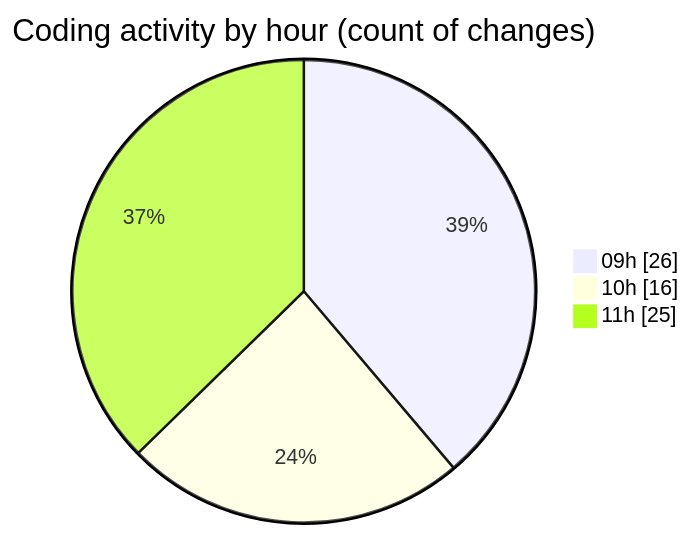
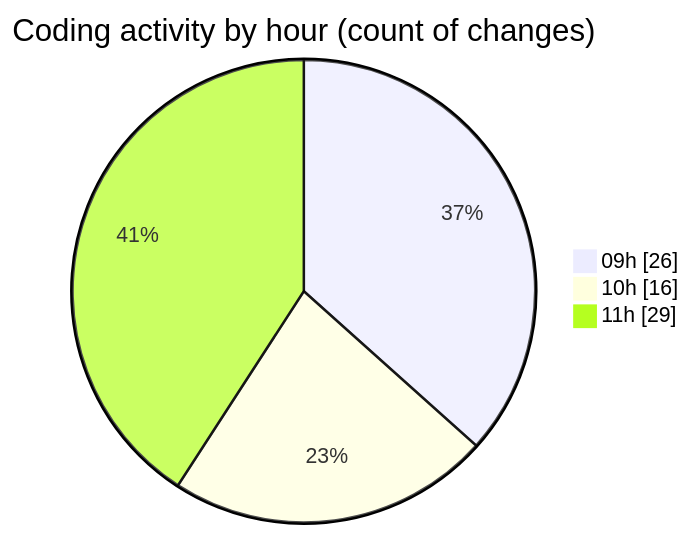
Before and after one commit to momahboobian/code-tracking: the second of 2 diagrams in 2025-11-17/cda/README.md, drawn with Mermaid. The commit also changed other lines of this file and 1 other file, not shown here.

````diff
--- a/2025-11-17/cda/README.md
+++ b/2025-11-17/cda/README.md
@@ -35,7 +36,7 @@
 ```mermaid
 pie showData
 title Coding activity by hour (count of changes)
 "09h" : 26
 "10h" : 16
-"11h" : 25
+"11h" : 29
 ```
````
